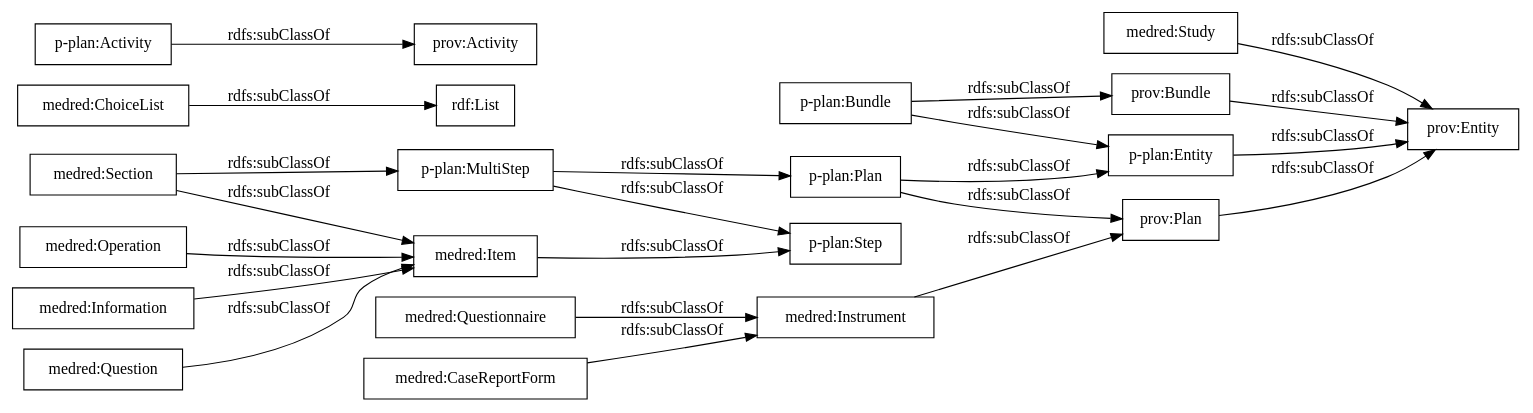
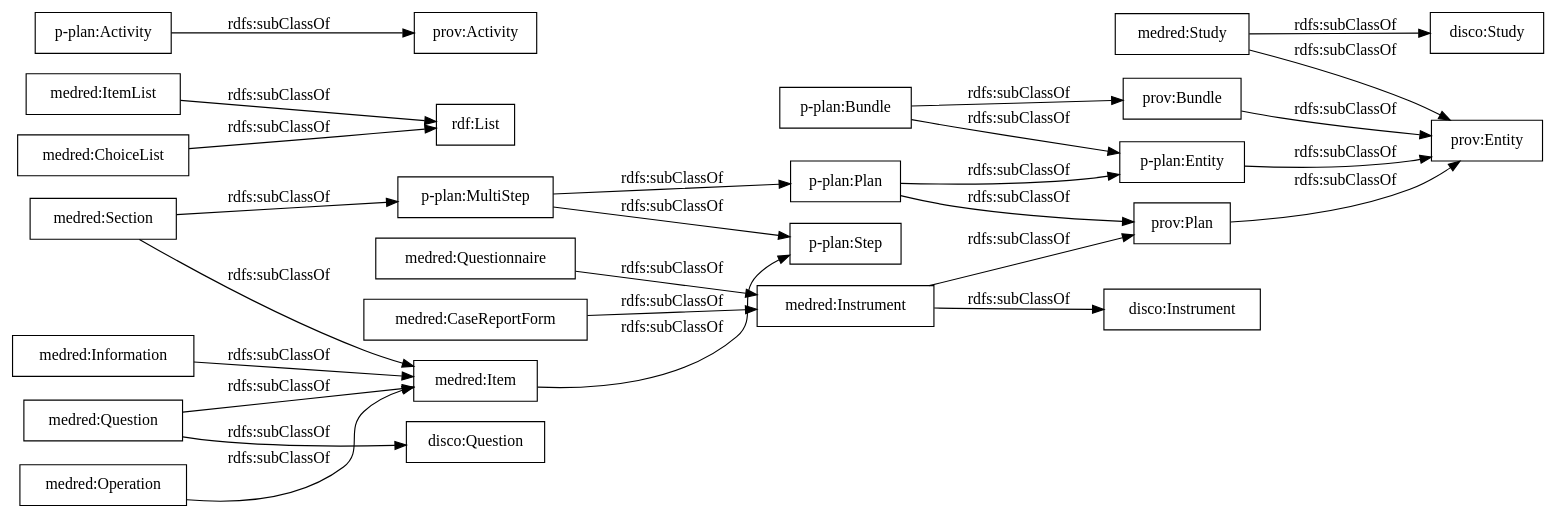
The diagram in OnToology/ontology/medred.owl/diagrams/ar2dtool-taxonomy/medred.owl.png.dot (OnToologyUser/medred), drawn with Graphviz before and after one commit. The commit also changed 18 other files, not shown here.

```diff
--- a/OnToology/ontology/medred.owl/diagrams/ar2dtool-taxonomy/medred.owl.png.dot
+++ b/OnToology/ontology/medred.owl/diagrams/ar2dtool-taxonomy/medred.owl.png.dot
@@ -1,27 +1,31 @@
 digraph ar2dtool_diagram { 
 rankdir=LR;
 size="1000"
-node [shape = rectangle, color="black"]; "medred:Questionnaire" "medred:Information" "medred:Question" "medred:Instrument" "rdf:List" "medred:Item" "medred:CaseReportForm" "medred:Study" "medred:Section" "medred:ChoiceList" "medred:Operation" "p-plan:MultiStep" "p-plan:Activity" "p-plan:Step" "p-plan:Entity" "p-plan:Bundle" "prov:Bundle" "prov:Entity" "p-plan:Plan" "prov:Plan" "prov:Activity" ; /*classes style*/
-	"medred:Item" -> "p-plan:Step" [ label = "rdfs:subClassOf" ];
+node [shape = rectangle, color="black"]; "medred:Questionnaire" "medred:Information" "medred:Question" "medred:Instrument" "rdf:List" "medred:Item" "medred:CaseReportForm" "medred:Study" "medred:ItemList" "medred:Section" "medred:ChoiceList" "medred:Operation" "p-plan:MultiStep" "p-plan:Activity" "p-plan:Step" "p-plan:Entity" "p-plan:Bundle" "prov:Bundle" "prov:Entity" "p-plan:Plan" "prov:Plan" "prov:Activity" ; /*classes style*/
+	"p-plan:Activity" -> "prov:Activity" [ label = "rdfs:subClassOf" ];
+	"p-plan:Entity" -> "prov:Entity" [ label = "rdfs:subClassOf" ];
+	"medred:ChoiceList" -> "rdf:List" [ label = "rdfs:subClassOf" ];
+	"prov:Plan" -> "prov:Entity" [ label = "rdfs:subClassOf" ];
+	"medred:Information" -> "medred:Item" [ label = "rdfs:subClassOf" ];
+	"prov:Bundle" -> "prov:Entity" [ label = "rdfs:subClassOf" ];
+	"medred:Questionnaire" -> "medred:Instrument" [ label = "rdfs:subClassOf" ];
+	"medred:Study" -> "prov:Entity" [ label = "rdfs:subClassOf" ];
+	"medred:Study" -> "disco:Study" [ label = "rdfs:subClassOf" ];
 	"medred:Question" -> "medred:Item" [ label = "rdfs:subClassOf" ];
+	"medred:Question" -> "disco:Question" [ label = "rdfs:subClassOf" ];
 	"medred:Operation" -> "medred:Item" [ label = "rdfs:subClassOf" ];
-	"medred:ChoiceList" -> "rdf:List" [ label = "rdfs:subClassOf" ];
-	"medred:Questionnaire" -> "medred:Instrument" [ label = "rdfs:subClassOf" ];
-	"p-plan:Entity" -> "prov:Entity" [ label = "rdfs:subClassOf" ];
-	"p-plan:Activity" -> "prov:Activity" [ label = "rdfs:subClassOf" ];
-	"medred:CaseReportForm" -> "medred:Instrument" [ label = "rdfs:subClassOf" ];
-	"prov:Bundle" -> "prov:Entity" [ label = "rdfs:subClassOf" ];
-	"prov:Plan" -> "prov:Entity" [ label = "rdfs:subClassOf" ];
+	"p-plan:Bundle" -> "prov:Bundle" [ label = "rdfs:subClassOf" ];
+	"p-plan:Bundle" -> "p-plan:Entity" [ label = "rdfs:subClassOf" ];
+	"medred:ItemList" -> "rdf:List" [ label = "rdfs:subClassOf" ];
 	"p-plan:Plan" -> "prov:Plan" [ label = "rdfs:subClassOf" ];
 	"p-plan:Plan" -> "p-plan:Entity" [ label = "rdfs:subClassOf" ];
+	"p-plan:MultiStep" -> "p-plan:Step" [ label = "rdfs:subClassOf" ];
+	"p-plan:MultiStep" -> "p-plan:Plan" [ label = "rdfs:subClassOf" ];
+	"medred:Item" -> "p-plan:Step" [ label = "rdfs:subClassOf" ];
+	"medred:Instrument" -> "prov:Plan" [ label = "rdfs:subClassOf" ];
+	"medred:Instrument" -> "disco:Instrument" [ label = "rdfs:subClassOf" ];
+	"medred:CaseReportForm" -> "medred:Instrument" [ label = "rdfs:subClassOf" ];
 	"medred:Section" -> "medred:Item" [ label = "rdfs:subClassOf" ];
 	"medred:Section" -> "p-plan:MultiStep" [ label = "rdfs:subClassOf" ];
-	"medred:Study" -> "prov:Entity" [ label = "rdfs:subClassOf" ];
-	"medred:Information" -> "medred:Item" [ label = "rdfs:subClassOf" ];
-	"medred:Instrument" -> "prov:Plan" [ label = "rdfs:subClassOf" ];
-	"p-plan:Bundle" -> "prov:Bundle" [ label = "rdfs:subClassOf" ];
-	"p-plan:Bundle" -> "p-plan:Entity" [ label = "rdfs:subClassOf" ];
-	"p-plan:MultiStep" -> "p-plan:Step" [ label = "rdfs:subClassOf" ];
-	"p-plan:MultiStep" -> "p-plan:Plan" [ label = "rdfs:subClassOf" ];
 
 }
```
